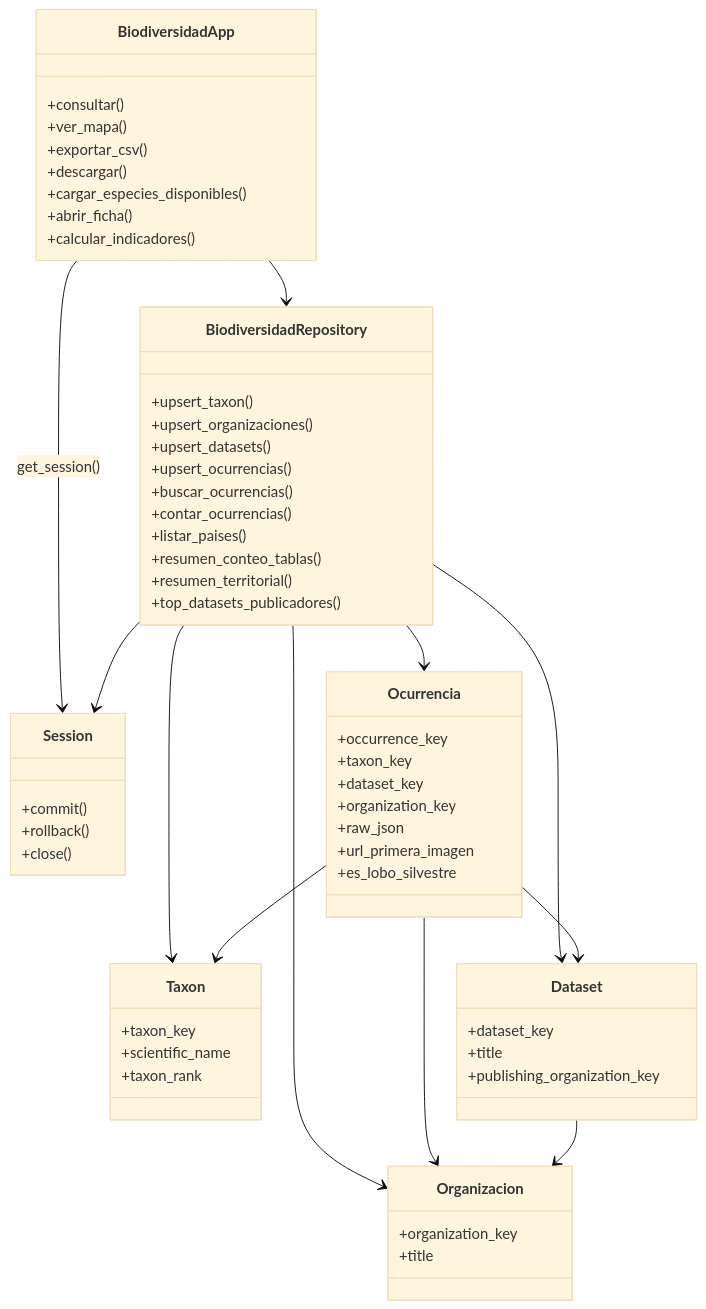
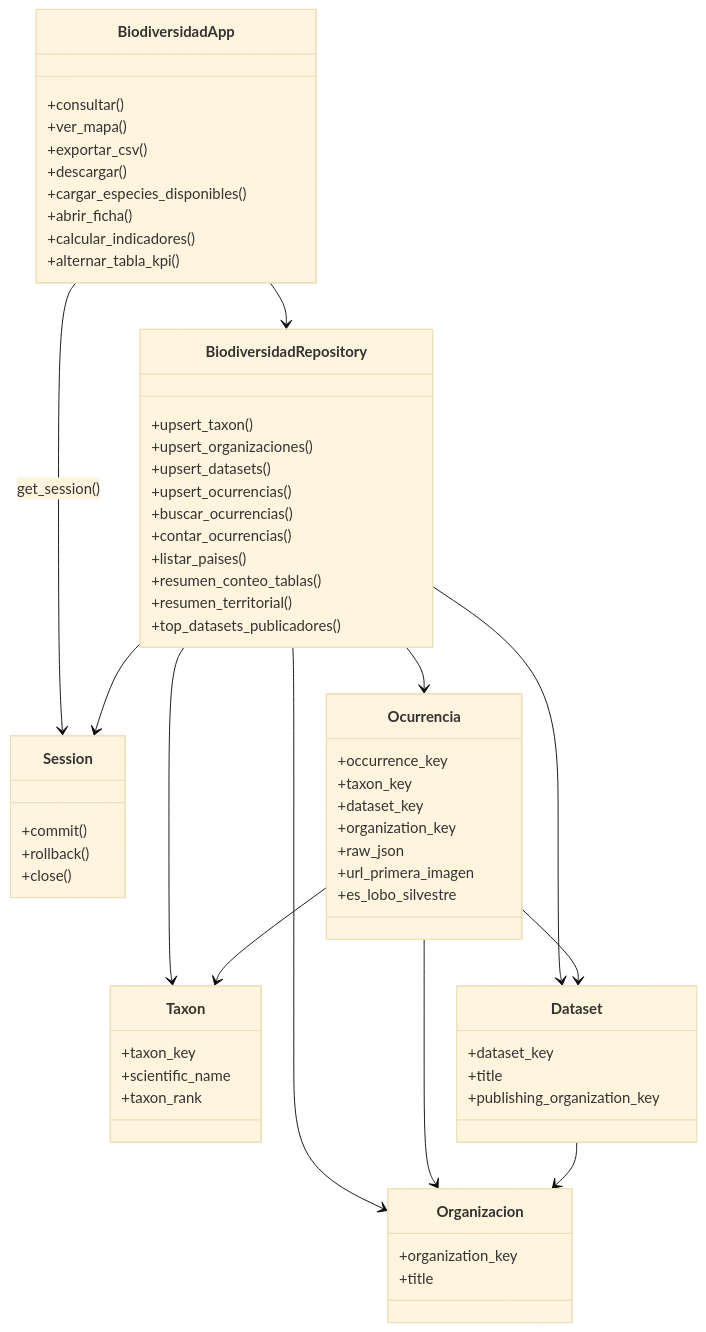
One commit to gracobjo/biodiversidad changed the fourth of 10 diagrams in docs/UML.md. Above: the diagram before and after it, drawn with Mermaid (base theme). The commit also changed other lines of this file and 11 other files, not shown here.

````diff
--- a/docs/UML.md
+++ b/docs/UML.md
@@ -169,64 +169,65 @@
 ```mermaid
 classDiagram
   class BiodiversidadApp {
     +consultar()
     +ver_mapa()
     +exportar_csv()
     +descargar()
     +cargar_especies_disponibles()
     +abrir_ficha()
     +calcular_indicadores()
+    +alternar_tabla_kpi()
   }
   class Session {
     +commit()
     +rollback()
     +close()
   }
   class BiodiversidadRepository {
     +upsert_taxon()
     +upsert_organizaciones()
     +upsert_datasets()
     +upsert_ocurrencias()
     +buscar_ocurrencias()
     +contar_ocurrencias()
     +listar_paises()
     +resumen_conteo_tablas()
     +resumen_territorial()
     +top_datasets_publicadores()
   }
   class Taxon {
     +taxon_key
     +scientific_name
     +taxon_rank
   }
   class Organizacion {
     +organization_key
     +title
   }
   class Dataset {
     +dataset_key
     +title
     +publishing_organization_key
   }
   class Ocurrencia {
     +occurrence_key
     +taxon_key
     +dataset_key
     +organization_key
     +raw_json
     +url_primera_imagen
     +es_lobo_silvestre
   }
 
   BiodiversidadApp --> Session : get_session()
   BiodiversidadApp --> BiodiversidadRepository
   BiodiversidadRepository --> Session
   BiodiversidadRepository --> Taxon
   BiodiversidadRepository --> Organizacion
   BiodiversidadRepository --> Dataset
   BiodiversidadRepository --> Ocurrencia
   Ocurrencia --> Taxon
   Ocurrencia --> Dataset
   Ocurrencia --> Organizacion
   Dataset --> Organizacion
 ```
````
